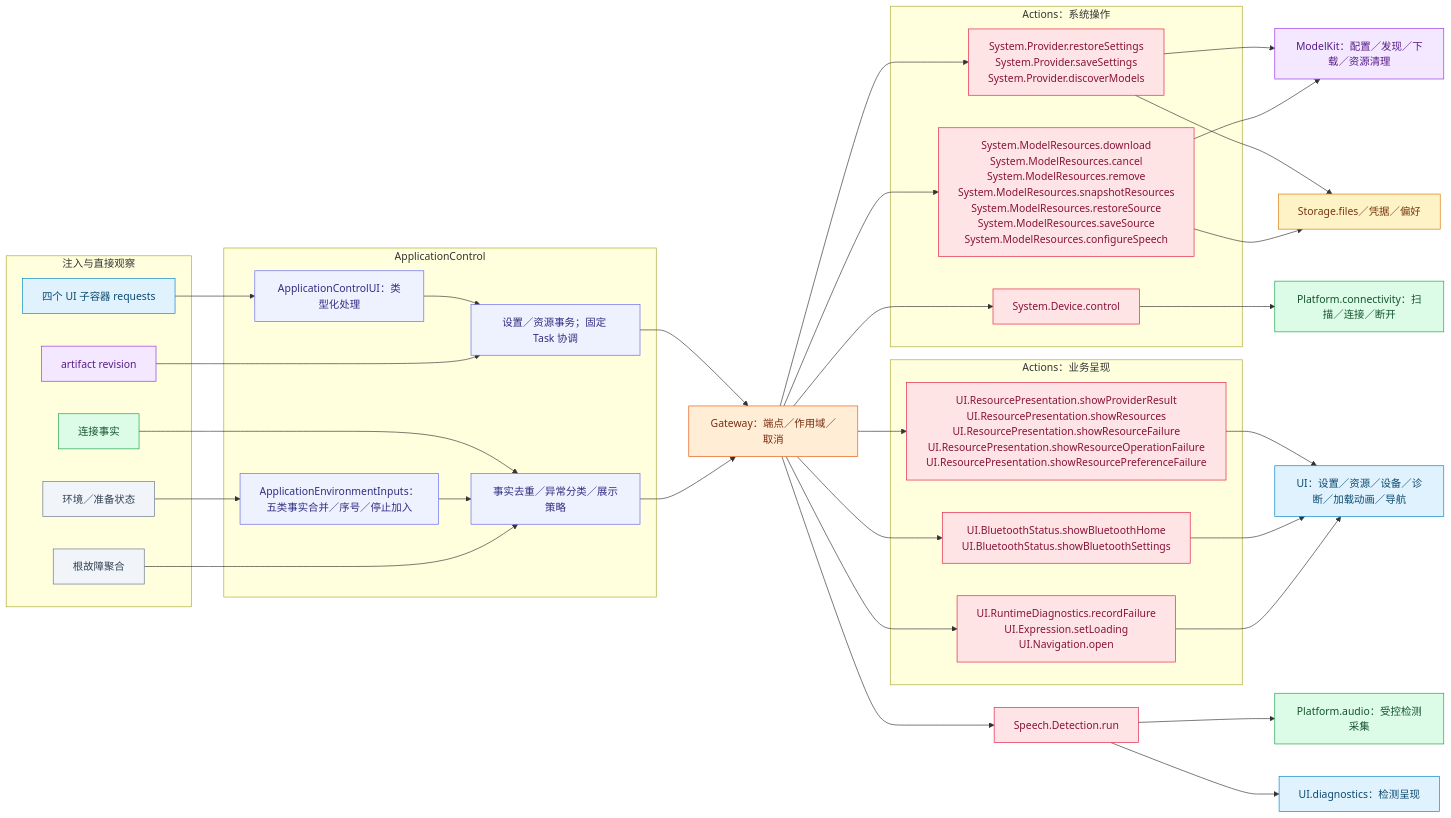
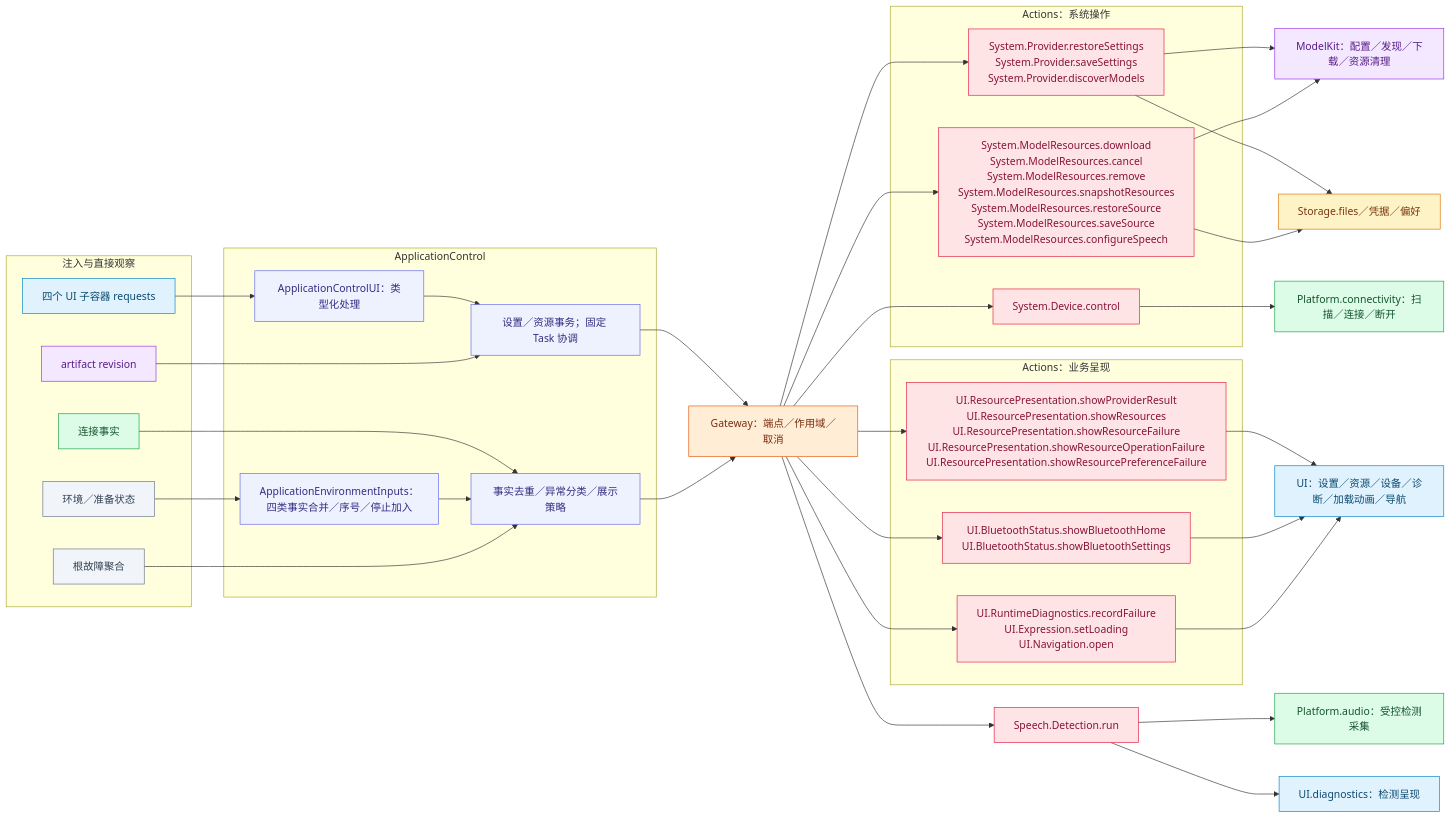
The second of 2 diagrams in MobileHarness/Agents/ApplicationControl/README.md (devilyouwei/MobileHarness), drawn with Mermaid before and after one commit. The commit also changed other lines of this file and 80 other files, not shown here.

````diff
--- a/MobileHarness/Agents/ApplicationControl/README.md
+++ b/MobileHarness/Agents/ApplicationControl/README.md
@@ -74,58 +74,58 @@
 ```mermaid
 flowchart LR
  subgraph Inputs["注入与直接观察"]
  U["四个 UI 子容器 requests"]:::ui
  P["连接事实"]:::platform
  M["artifact revision"]:::model
  F["环境／准备状态"]:::host
  CF["根故障聚合"]:::host
  end
  subgraph Role["ApplicationControl"]
  H["ApplicationControlUI：类型化处理"]:::agent
  W["设置／资源事务；固定 Task 协调"]:::agent
- E["ApplicationEnvironmentInputs：五类事实合并／序号／停止加入"]:::agent
+ E["ApplicationEnvironmentInputs：四类事实合并／序号／停止加入"]:::agent
  D["事实去重／异常分类／展示策略"]:::agent
  end
  U --> H --> W
  P --> D
  M --> W
  F --> E --> D
  CF --> D
  W --> G["Gateway：端点／作用域／取消"]:::gateway
  D --> G
  subgraph SystemCalls["Actions：系统操作"]
  PRO["System.Provider.restoreSettings<br/>System.Provider.saveSettings<br/>System.Provider.discoverModels"]:::action
  RES["System.ModelResources.download<br/>System.ModelResources.cancel<br/>System.ModelResources.remove<br/>System.ModelResources.snapshotResources<br/>System.ModelResources.restoreSource<br/>System.ModelResources.saveSource<br/>System.ModelResources.configureSpeech"]:::action
  DEV["System.Device.control"]:::action
  end
  subgraph UICalls["Actions：业务呈现"]
  RP["UI.ResourcePresentation.showProviderResult<br/>UI.ResourcePresentation.showResources<br/>UI.ResourcePresentation.showResourceFailure<br/>UI.ResourcePresentation.showResourceOperationFailure<br/>UI.ResourcePresentation.showResourcePreferenceFailure"]:::action
  BP["UI.BluetoothStatus.showBluetoothHome<br/>UI.BluetoothStatus.showBluetoothSettings"]:::action
  DP["UI.RuntimeDiagnostics.recordFailure<br/>UI.Expression.setLoading<br/>UI.Navigation.open"]:::action
  end
  G --> PRO
  G --> RES
  G --> DEV
  G --> RP
  G --> BP
  G --> DP
  G --> DET["Speech.Detection.run"]:::action
  PRO --> MO
  RES --> MO["ModelKit：配置／发现／下载／资源清理"]:::model
  PRO --> ST
  RES --> ST["Storage.files／凭据／偏好"]:::storage
  DEV --> PL["Platform.connectivity：扫描／连接／断开"]:::platform
  RP --> UV
  BP --> UV
  DP --> UV["UI：设置／资源／设备／诊断／加载动画／导航"]:::ui
  DET --> AU["Platform.audio：受控检测采集"]:::platform
  DET --> DU["UI.diagnostics：检测呈现"]:::ui
  classDef ui fill:#e0f2fe,stroke:#0284c7,color:#0c4a6e
  classDef platform fill:#dcfce7,stroke:#16a34a,color:#14532d
  classDef model fill:#f3e8ff,stroke:#9333ea,color:#581c87
  classDef storage fill:#fef3c7,stroke:#d97706,color:#78350f
  classDef agent fill:#eef2ff,stroke:#6366f1,color:#312e81
  classDef gateway fill:#ffedd5,stroke:#ea580c,color:#7c2d12
  classDef action fill:#ffe4e6,stroke:#e11d48,color:#881337
  classDef host fill:#f1f5f9,stroke:#64748b,color:#334155
 ```
````
